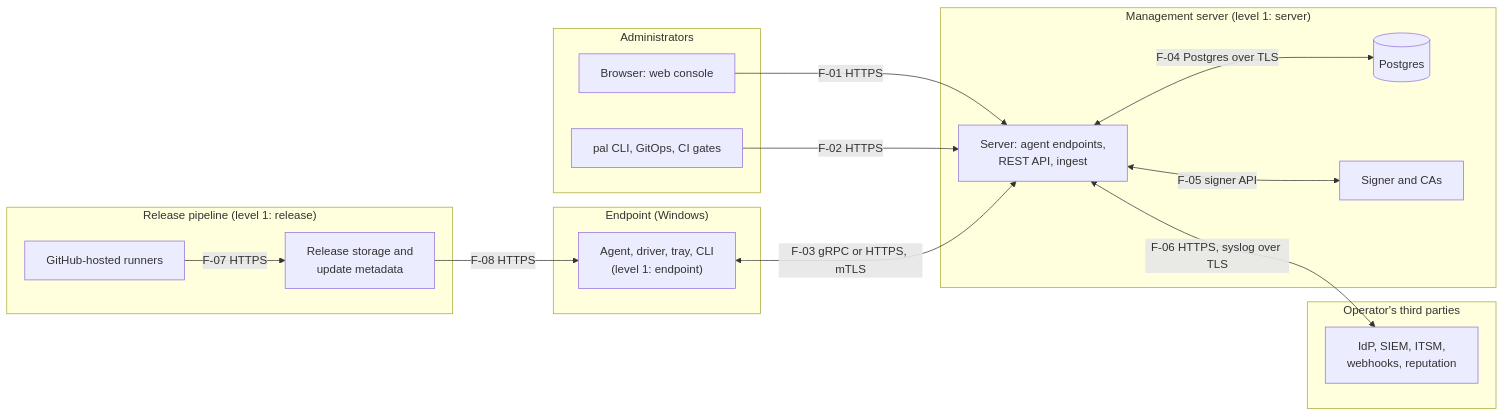
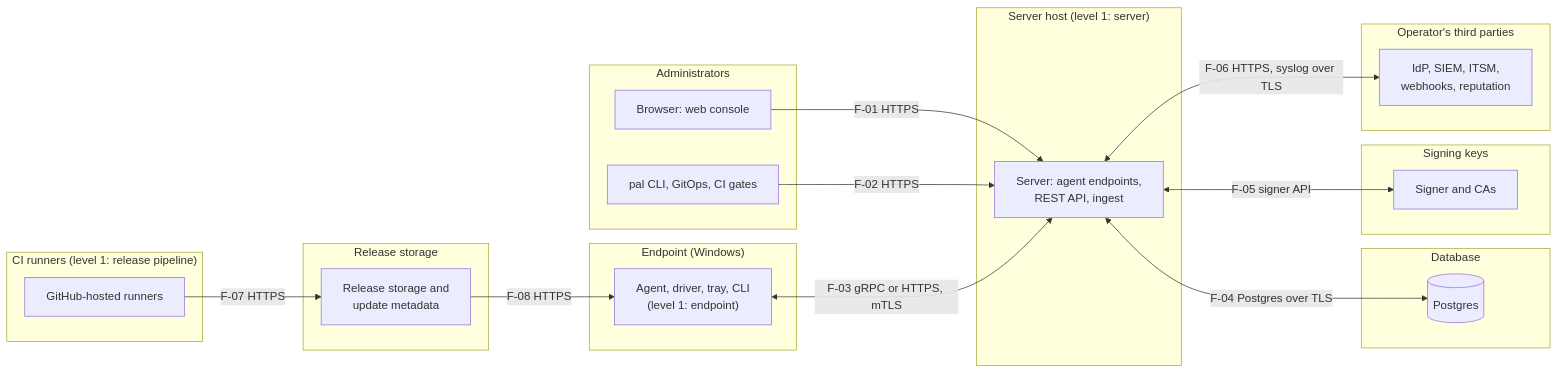
The first of 6 diagrams in docs/security/threat-model.md (jusso-dev/palisade), drawn with Mermaid before and after one commit. The commit also changed other lines of this file, not shown here.

````diff
--- a/docs/security/threat-model.md
+++ b/docs/security/threat-model.md
@@ -217,30 +223,36 @@
 ```mermaid
 flowchart LR
   subgraph EP["Endpoint (Windows)"]
     AGENT["Agent, driver, tray, CLI<br/>(level 1: endpoint)"]
   end
   subgraph ADM["Administrators"]
     BROWSER["Browser: web console"]
     PAL["pal CLI, GitOps, CI gates"]
   end
-  subgraph SRV["Management server (level 1: server)"]
+  subgraph SRV["Server host (level 1: server)"]
     SERVER["Server: agent endpoints,<br/>REST API, ingest"]
+  end
+  subgraph DBZ["Database"]
     DB[("Postgres")]
+  end
+  subgraph KEYZ["Signing keys"]
     SIGNER["Signer and CAs"]
   end
   subgraph EXT["Operator's third parties"]
     INTEG["IdP, SIEM, ITSM,<br/>webhooks, reputation"]
   end
-  subgraph REL["Release pipeline (level 1: release)"]
+  subgraph REL["CI runners (level 1: release pipeline)"]
     CI["GitHub-hosted runners"]
+  end
+  subgraph RSTORE["Release storage"]
     STORE["Release storage and<br/>update metadata"]
   end
   BROWSER -->|"F-01 HTTPS"| SERVER
   PAL -->|"F-02 HTTPS"| SERVER
   AGENT <-->|"F-03 gRPC or HTTPS, mTLS"| SERVER
   SERVER <-->|"F-04 Postgres over TLS"| DB
   SERVER <-->|"F-05 signer API"| SIGNER
   SERVER <-->|"F-06 HTTPS, syslog over TLS"| INTEG
   CI -->|"F-07 HTTPS"| STORE
   STORE -->|"F-08 HTTPS"| AGENT
 ```
````
